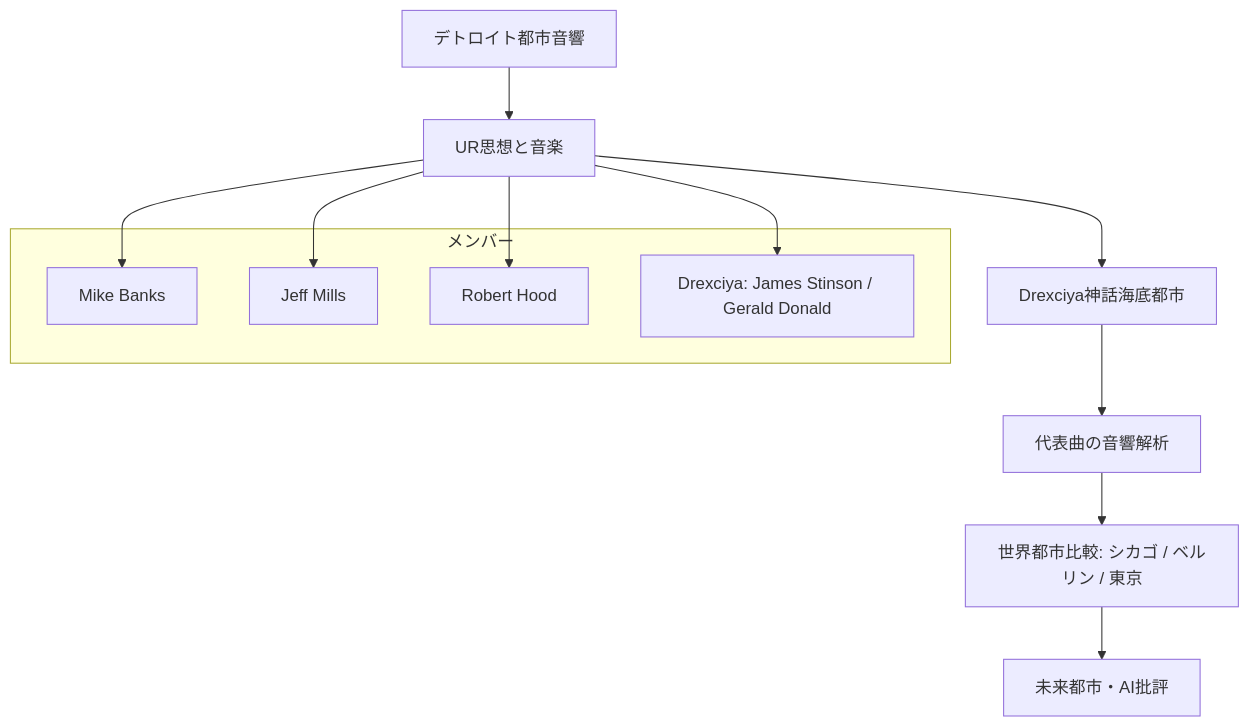
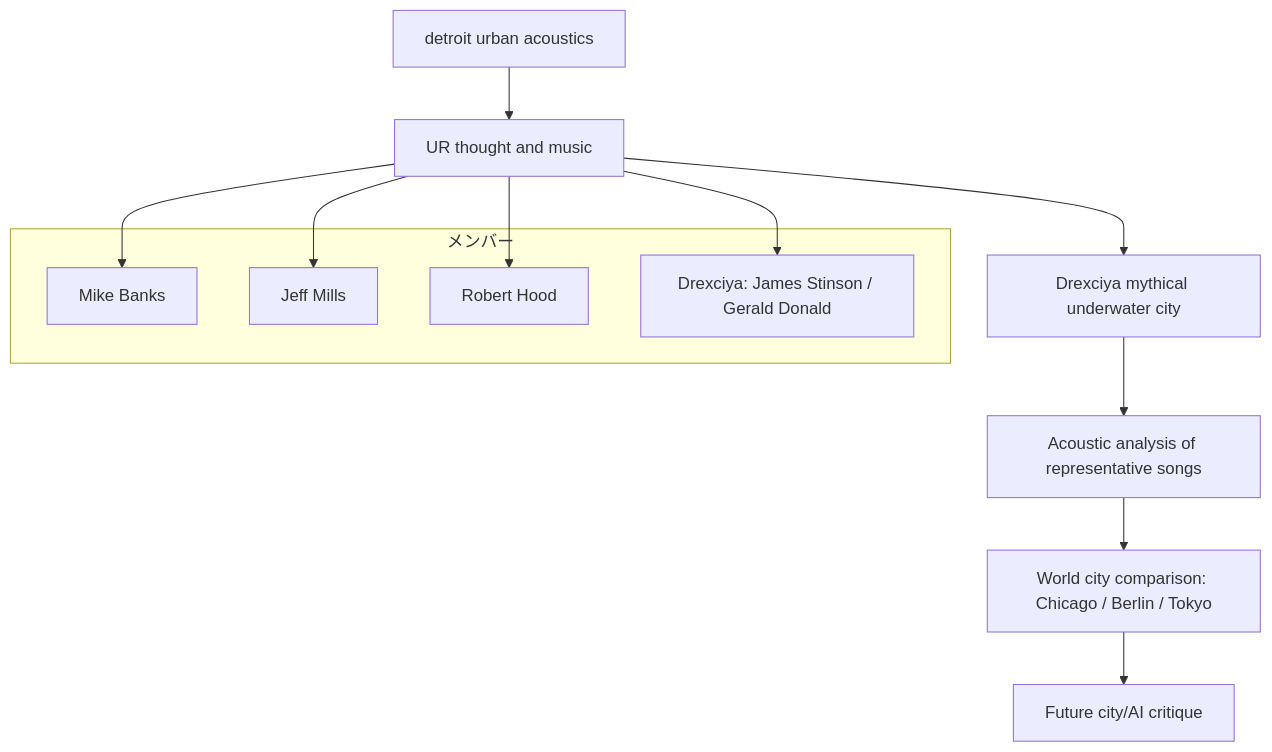
Before and after one commit to monumental-movement/monumental-movement.github.io: the first of 4 diagrams in en/_posts/2025-11-15-column-ur.md, drawn with Mermaid. The commit also changed other lines of this file and 801 other files, not shown here.

```diff
--- a/en/_posts/2025-11-15-column-ur.md
+++ b/en/_posts/2025-11-15-column-ur.md
@@ -208,23 +209,23 @@
 <div class="mermaid">
 
 graph TD
 
-    A[デトロイト都市音響] --> B[UR思想と音楽]
-    B --> C[Drexciya神話海底都市]
-    C --> D[代表曲の音響解析]
-    D --> E[世界都市比較: シカゴ / ベルリン / 東京]
-    E --> F[未来都市・AI批評]
+    A[detroit urban acoustics] --> B[UR thought and music]
+    B --> C[Drexciya mythical underwater city]
+    C --> D[Acoustic analysis of representative songs]
+    D --> E[World city comparison: Chicago / Berlin / Tokyo]
+    E --> F[Future city/AI critique]
 
     subgraph メンバー
         MB[Mike Banks]
         JM[Jeff Mills]
         RH[Robert Hood]
         DR[Drexciya: James Stinson / Gerald Donald]
     end
 
     B --> MB
     B --> JM
     B --> RH
     B --> DR
 
 </div>
```
